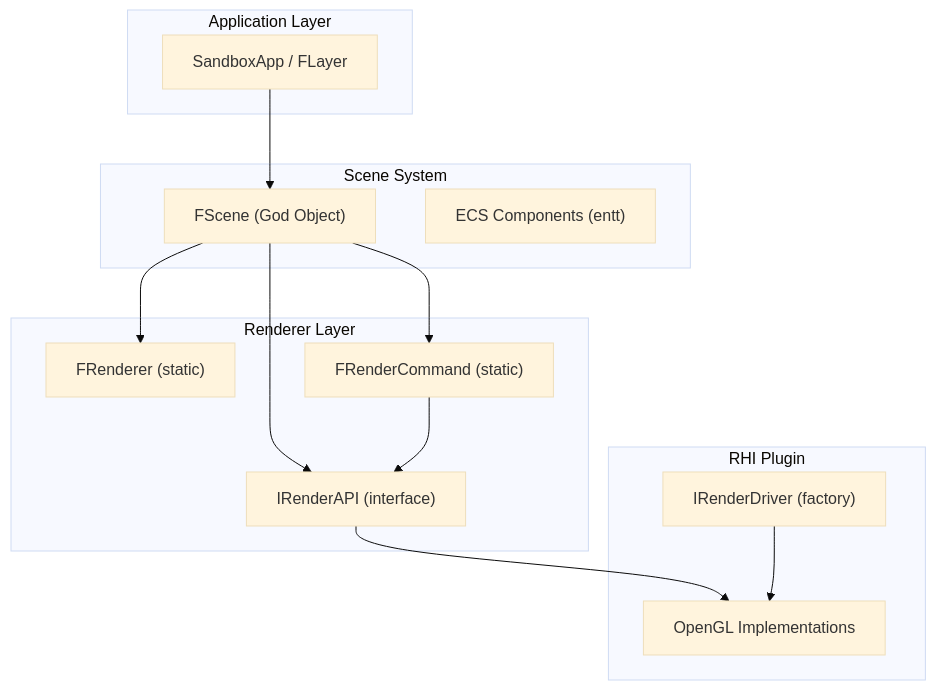
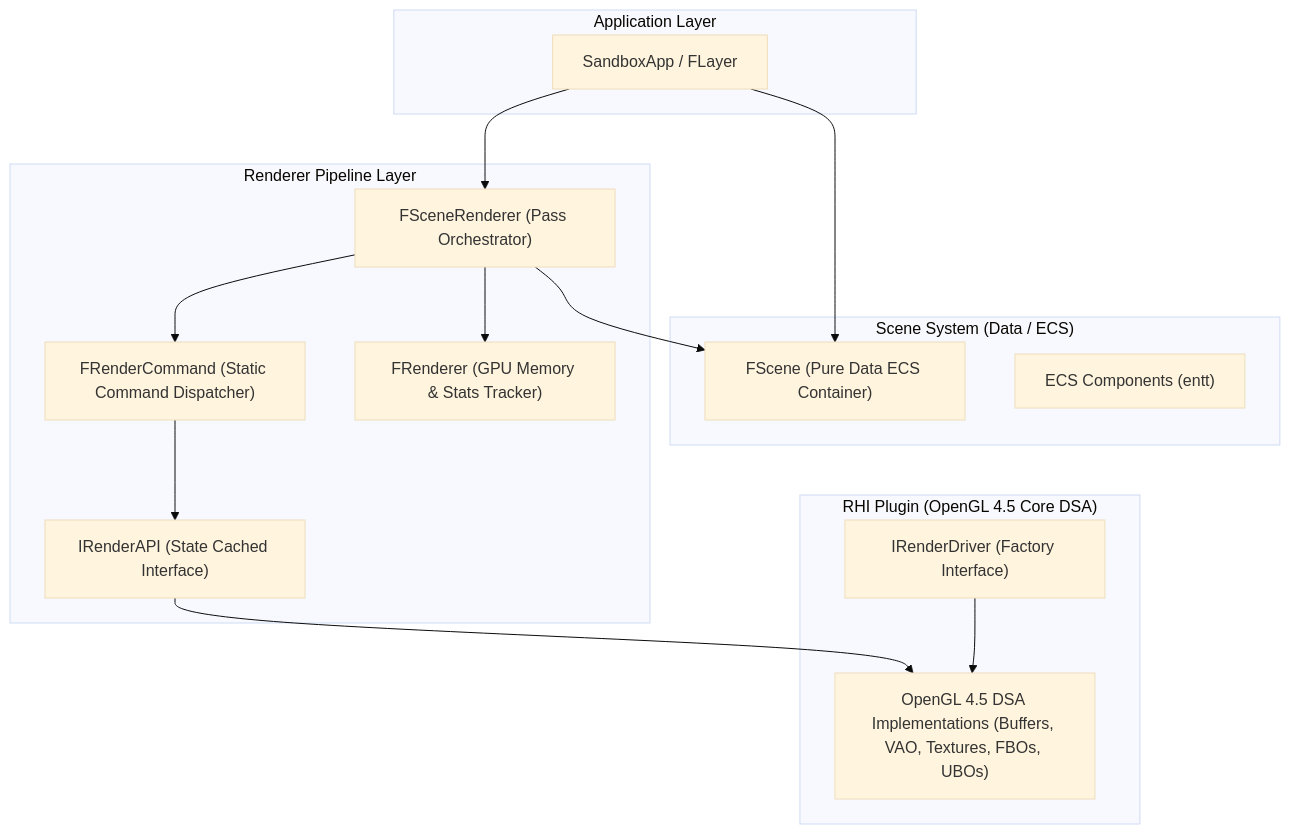
Before and after one commit to danielbarretoes/LeonEngine2-Archive: the first of 2 diagrams in AUDIT.md, drawn with Mermaid (base theme). The commit also changed other lines of this file and 17 other files, not shown here.

Commit message:
feat(renderer): modernize RHI to OpenGL 4.5 Core DSA, 2D Texture Array CSM, CPU State Cache & IBL/Reflections fix

````diff
--- a/AUDIT.md
+++ b/AUDIT.md
@@ -11,30 +12,32 @@
 ```mermaid
 graph TD
     subgraph Application["Application Layer"]
         SandboxApp["SandboxApp / FLayer"]
     end
 
-    subgraph Scene["Scene System"]
-        FScene["FScene (God Object)"]
+    subgraph Scene["Scene System (Data / ECS)"]
+        FScene["FScene (Pure Data ECS Container)"]
         Components["ECS Components (entt)"]
     end
 
-    subgraph Renderer["Renderer Layer"]
-        FRenderer["FRenderer (static)"]
-        FRenderCommand["FRenderCommand (static)"]
-        IRenderAPI["IRenderAPI (interface)"]
+    subgraph Renderer["Renderer Pipeline Layer"]
+        FSceneRenderer["FSceneRenderer (Pass Orchestrator)"]
+        FRenderCommand["FRenderCommand (Static Command Dispatcher)"]
+        FRenderer["FRenderer (GPU Memory & Stats Tracker)"]
+        IRenderAPI["IRenderAPI (State Cached Interface)"]
     end
 
-    subgraph RHI["RHI Plugin"]
-        IRenderDriver["IRenderDriver (factory)"]
-        OpenGLImpl["OpenGL Implementations"]
+    subgraph RHI["RHI Plugin (OpenGL 4.5 Core DSA)"]
+        IRenderDriver["IRenderDriver (Factory Interface)"]
+        OpenGLImpl["OpenGL 4.5 DSA Implementations (Buffers, VAO, Textures, FBOs, UBOs)"]
     end
 
     SandboxApp --> FScene
-    FScene --> FRenderer
-    FScene --> FRenderCommand
-    FScene --> IRenderAPI
+    SandboxApp --> FSceneRenderer
+    FSceneRenderer --> FScene
+    FSceneRenderer --> FRenderCommand
+    FSceneRenderer --> FRenderer
     FRenderCommand --> IRenderAPI
     IRenderAPI --> OpenGLImpl
     IRenderDriver --> OpenGLImpl
 ```
````
